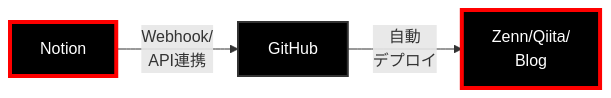
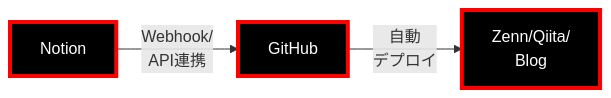
One commit to majikana-rinadehi/document-hub changed the second of 6 diagrams in output/259354cfb4ef80f4bbdfe5e94f37ef6a.md. Above: the diagram before and after it, drawn with Mermaid. The commit also changed other lines of this file and 1 other file, not shown here.

First line of the commit message:
feat: Update Notion article 259354cfb4ef80f4bbdfe5e94f37ef6a

````diff
--- a/output/259354cfb4ef80f4bbdfe5e94f37ef6a.md
+++ b/output/259354cfb4ef80f4bbdfe5e94f37ef6a.md
@@ -33,11 +33,10 @@
 ```mermaid
 flowchart LR
     Notion[Notion] -->|Webhook/<br/>API連携| GitHub[GitHub]
     GitHub -->|自動<br/>デプロイ| Platforms[Zenn/Qiita/<br/>Blog]
 
     classDef platformStyle fill:#000,stroke:#333,stroke-width:2px,color:#fff
     classDef currentStep fill:#000,stroke:#ff0000,stroke-width:4px,color:#fff
 
-    class GitHub platformStyle
-    class Notion,Platforms currentStep
+    class Notion,GitHub,Platforms currentStep
 ```
````
